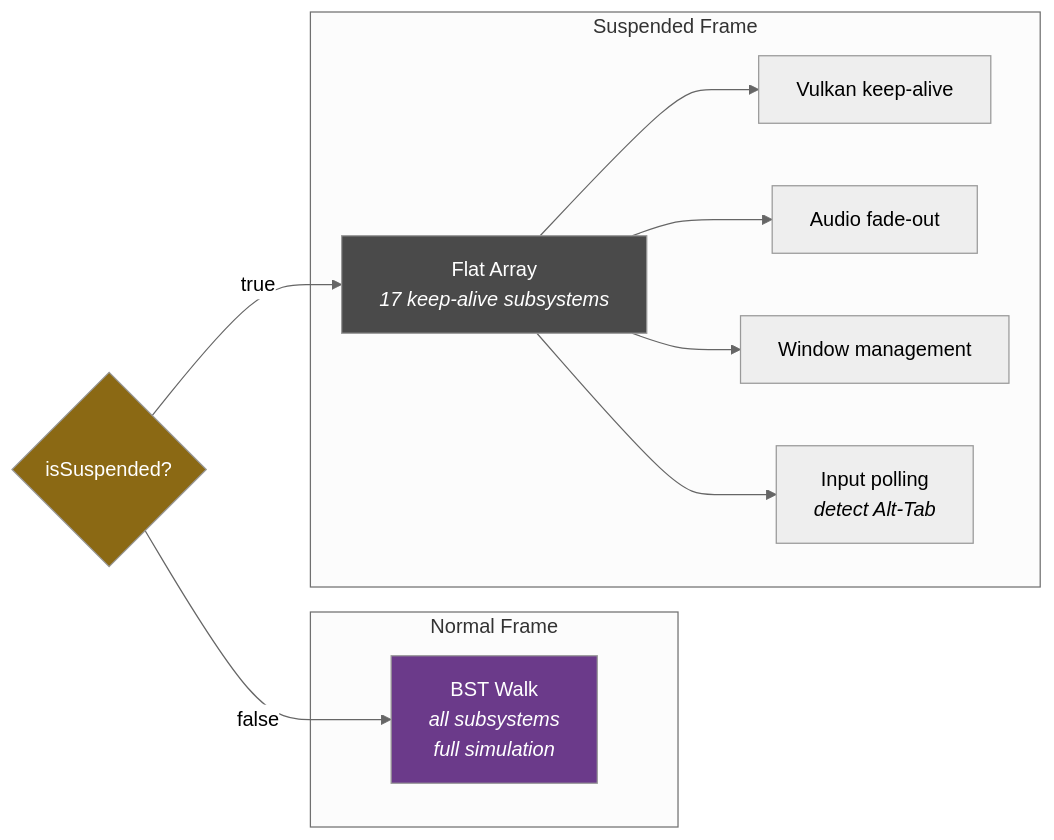
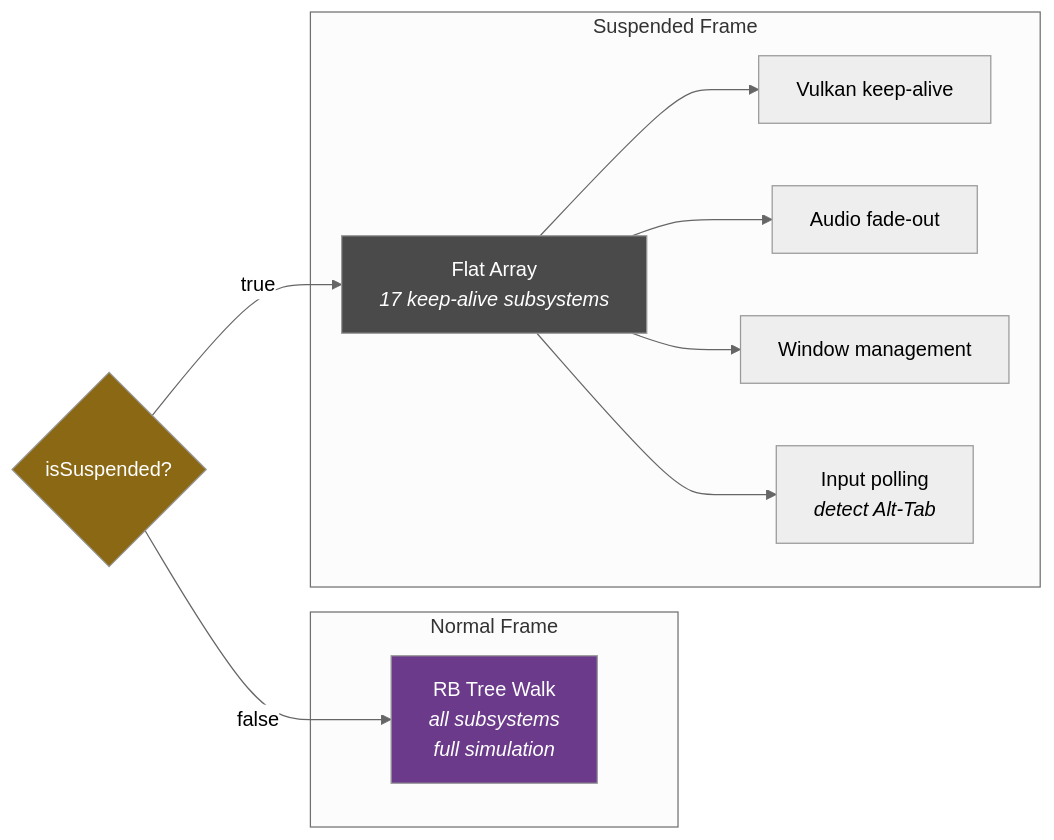
One commit to eg3r/X4Native changed the seventh of 8 diagrams in docs/rev/SUBSYSTEMS.md. Above: the diagram before and after it, drawn with Mermaid (neutral theme). The commit also changed other lines of this file and 13 other files, not shown here.

````diff
--- a/docs/rev/SUBSYSTEMS.md
+++ b/docs/rev/SUBSYSTEMS.md
@@ -414,21 +517,21 @@
 ```mermaid
 graph LR
     subgraph "Normal Frame"
-        BST["BST Walk\n<i>all subsystems</i>\n<i>full simulation</i>"]
+        RBT["RB Tree Walk\n<i>all subsystems</i>\n<i>full simulation</i>"]
     end
 
     subgraph "Suspended Frame"
         ARR["Flat Array\n<i>17 keep-alive subsystems</i>"]
         ARR --> VK["Vulkan keep-alive"]
         ARR --> AUD["Audio fade-out"]
         ARR --> WIN["Window management"]
         ARR --> INP["Input polling\n<i>detect Alt-Tab</i>"]
     end
 
-    FT{"isSuspended?"} -->|false| BST
+    FT{"isSuspended?"} -->|false| RBT
     FT -->|true| ARR
 
-    style BST fill:#6b3a8a,color:#fff
+    style RBT fill:#6b3a8a,color:#fff
     style ARR fill:#4a4a4a,color:#fff
     style FT fill:#8b6914,color:#fff
 ```
````
